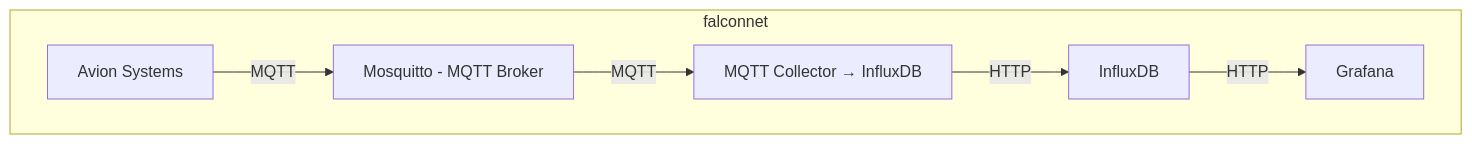
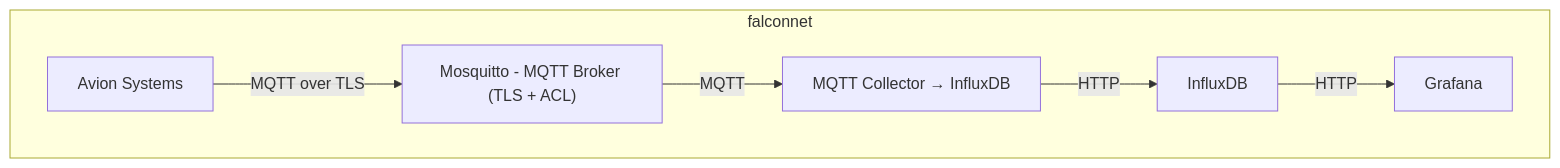
One commit to Athos-0day/FalconEye changed the diagram in README.md. Above: the diagram before and after it, drawn with Mermaid. The commit also changed other lines of this file, not shown here.

````diff
--- a/README.md
+++ b/README.md
@@ -9,15 +10,15 @@
 ```mermaid
 graph TD
     subgraph falconnet
         avion["Avion Systems"]
-        mqtt["Mosquitto - MQTT Broker"]
+        mqtt["Mosquitto - MQTT Broker (TLS + ACL)"]
         collector["MQTT Collector → InfluxDB"]
         influxdb["InfluxDB"]
         grafana["Grafana"]
     end
 
-    avion -->|MQTT| mqtt
+    avion -->|MQTT over TLS| mqtt
     mqtt -->|MQTT| collector
     collector -->|HTTP| influxdb
     influxdb -->|HTTP| grafana
 ```
````
